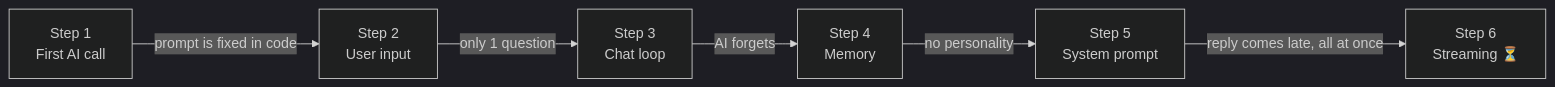
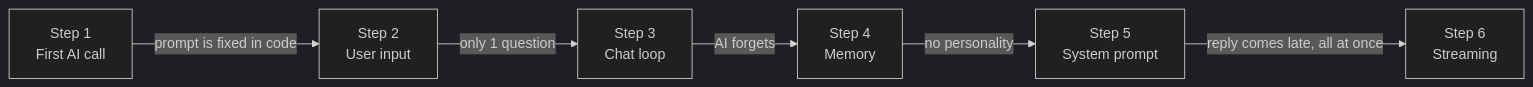
The first of 8 diagrams in 01_chat_with_local_ai/README.md (Adityaguptawebdev/Learning_AI), drawn with Mermaid (dark theme) before and after one commit. The commit also changed other lines of this file and 4 other files, not shown here.

Commit message:
Add step 6 streaming, chapter 08 step 1 (current time tool)

````diff
--- a/01_chat_with_local_ai/README.md
+++ b/01_chat_with_local_ai/README.md
@@ -5,8 +5,8 @@
 ```mermaid
 flowchart LR
     S1["Step 1<br/>First AI call"] -->|"prompt is fixed in code"| S2["Step 2<br/>User input"]
     S2 -->|"only 1 question"| S3["Step 3<br/>Chat loop"]
     S3 -->|"AI forgets"| S4["Step 4<br/>Memory"]
     S4 -->|"no personality"| S5["Step 5<br/>System prompt"]
-    S5 -->|"reply comes late, all at once"| S6["Step 6<br/>Streaming ⏳"]
+    S5 -->|"reply comes late, all at once"| S6["Step 6<br/>Streaming"]
 ```
````
